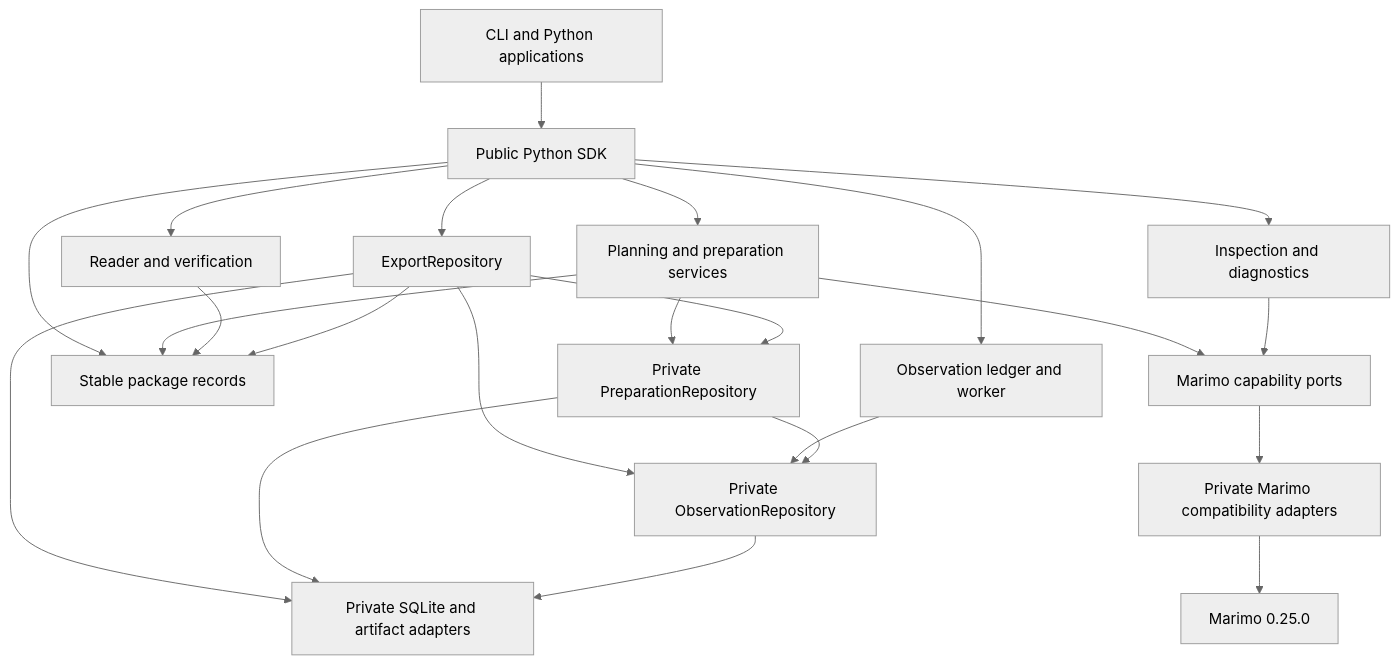
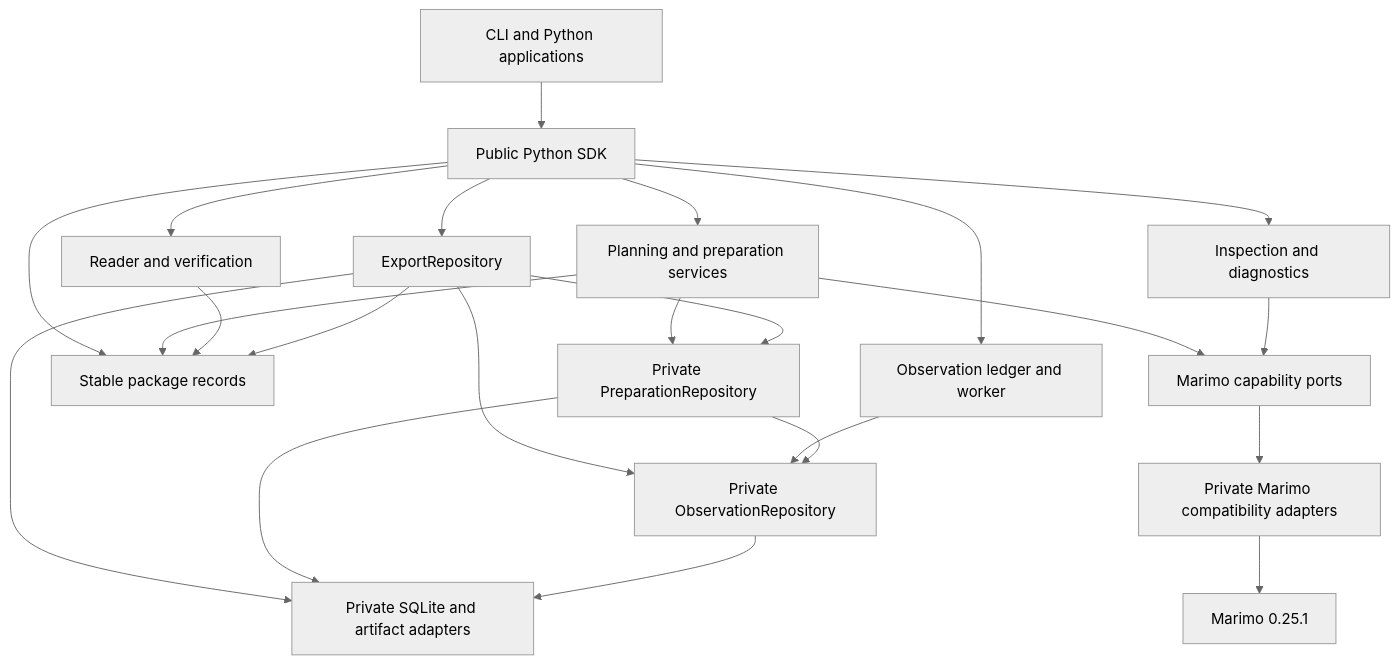
The third of 4 diagrams in development_docs/architecture.md (marimo-team/marimo-export), drawn with Mermaid (neutral theme) before and after one commit. The commit also changed other lines of this file and 11 other files, not shown here.

````diff
--- a/development_docs/architecture.md
+++ b/development_docs/architecture.md
@@ -75,40 +75,40 @@
 ```mermaid
 flowchart TB
     apps[CLI and Python applications]
     sdk[Public Python SDK]
     services[Planning and preparation services]
     readers[Reader and verification]
     publicRepository[ExportRepository]
     integration[Inspection and diagnostics]
     observationWorker[Observation ledger and worker]
     records[Stable package records]
     preparationRepository[Private PreparationRepository]
     observationRepository[Private ObservationRepository]
     marimoPorts[Marimo capability ports]
     sqlite[Private SQLite and artifact adapters]
     compat[Private Marimo compatibility adapters]
-    host[Marimo 0.25.0]
+    host[Marimo 0.25.1]
 
     apps --> sdk
     sdk --> records
     sdk --> services
     sdk --> readers
     sdk --> publicRepository
     sdk --> integration
     sdk --> observationWorker
     services --> records
     services --> preparationRepository
     services --> marimoPorts
     readers --> records
     publicRepository --> records
     publicRepository --> sqlite
     publicRepository --> observationRepository
     publicRepository --> preparationRepository
     integration --> marimoPorts
     observationWorker --> observationRepository
     preparationRepository --> observationRepository
     preparationRepository --> sqlite
     observationRepository --> sqlite
     marimoPorts --> compat
     compat --> host
 ```
````
